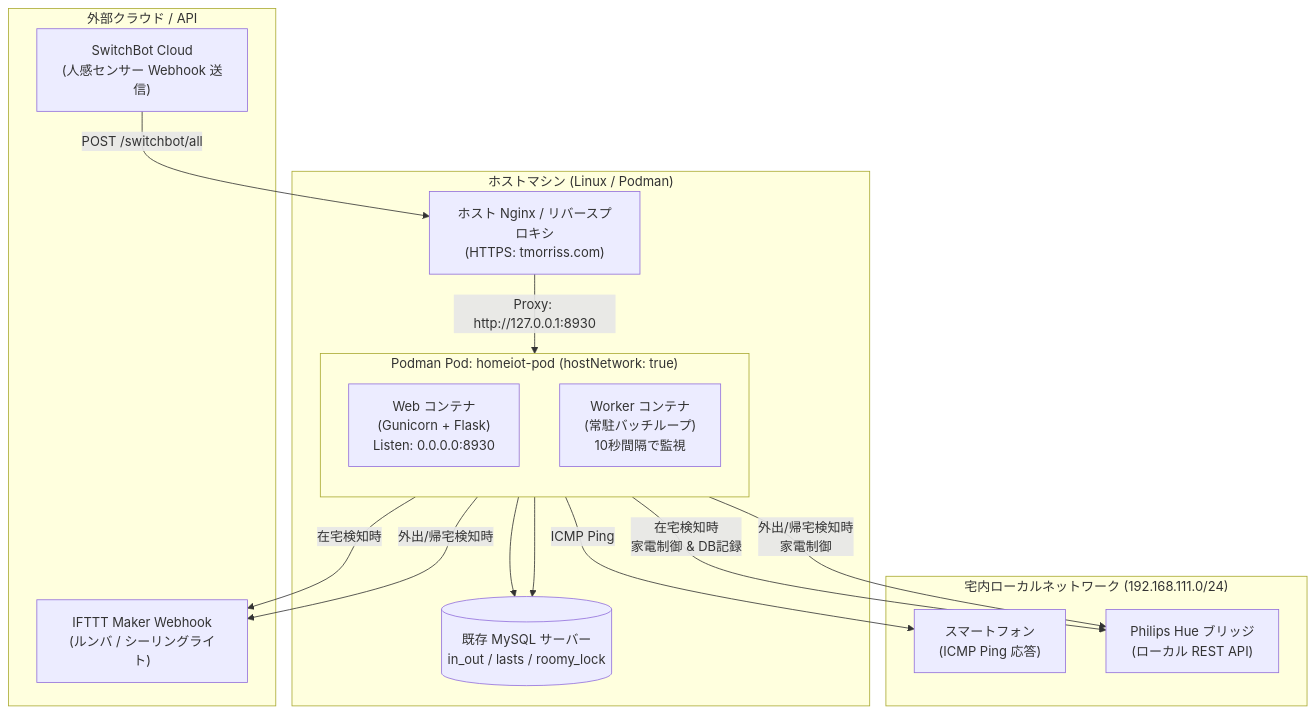
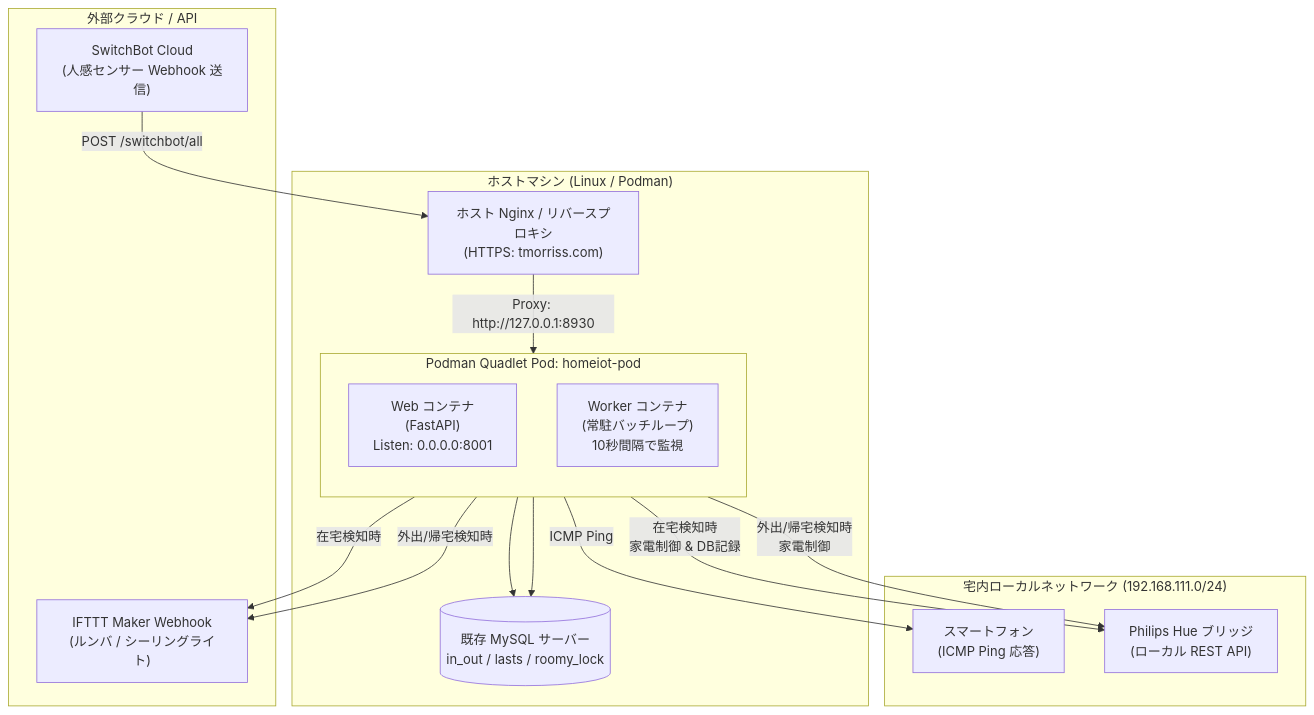
The first of 2 diagrams in docs/architecture.md (tMorriss/HomeIotManager), drawn with Mermaid before and after one commit. The commit also changed other lines of this file and 7 other files, not shown here.

````diff
--- a/docs/architecture.md
+++ b/docs/architecture.md
@@ -26,36 +26,36 @@
 ```mermaid
 flowchart TD
     subgraph Host["ホストマシン (Linux / Podman)"]
         Nginx["ホスト Nginx / リバースプロキシ\n(HTTPS: tmorriss.com)"]
         
-        subgraph Pod["Podman Pod: homeiot-pod (hostNetwork: true)"]
+        subgraph Pod["Podman Quadlet Pod: homeiot-pod"]
             direction TB
-            WebContainer["Web コンテナ\n(Gunicorn + Flask)\nListen: 0.0.0.0:8930"]
+            WebContainer["Web コンテナ\n(FastAPI)\nListen: 0.0.0.0:8001"]
             WorkerContainer["Worker コンテナ\n(常駐バッチループ)\n10秒間隔で監視"]
         end
 
         MySQL[(既存 MySQL サーバー\nin_out / lasts / roomy_lock)]
     end
 
     subgraph LAN["宅内ローカルネットワーク (192.168.111.0/24)"]
         Smartphones["スマートフォン\n(ICMP Ping 応答)"]
         HueBridge["Philips Hue ブリッジ\n(ローカル REST API)"]
     end
 
     subgraph External["外部クラウド / API"]
         SwitchBotCloud["SwitchBot Cloud\n(人感センサー Webhook 送信)"]
         IFTTT["IFTTT Maker Webhook\n(ルンバ / シーリングライト)"]
     end
 
     %% 通信フロー
     SwitchBotCloud -->|"POST /switchbot/all"| Nginx
     Nginx -->|"Proxy: http://127.0.0.1:8930"| WebContainer
     WebContainer -->|"在宅検知時\n家電制御 & DB記録"| HueBridge
     WebContainer -->|"在宅検知時"| IFTTT
     WebContainer --> MySQL
 
     WorkerContainer -->|"ICMP Ping"| Smartphones
     WorkerContainer -->|"外出/帰宅検知時\n家電制御"| HueBridge
     WorkerContainer -->|"外出/帰宅検知時"| IFTTT
     WorkerContainer --> MySQL
 ```
````
